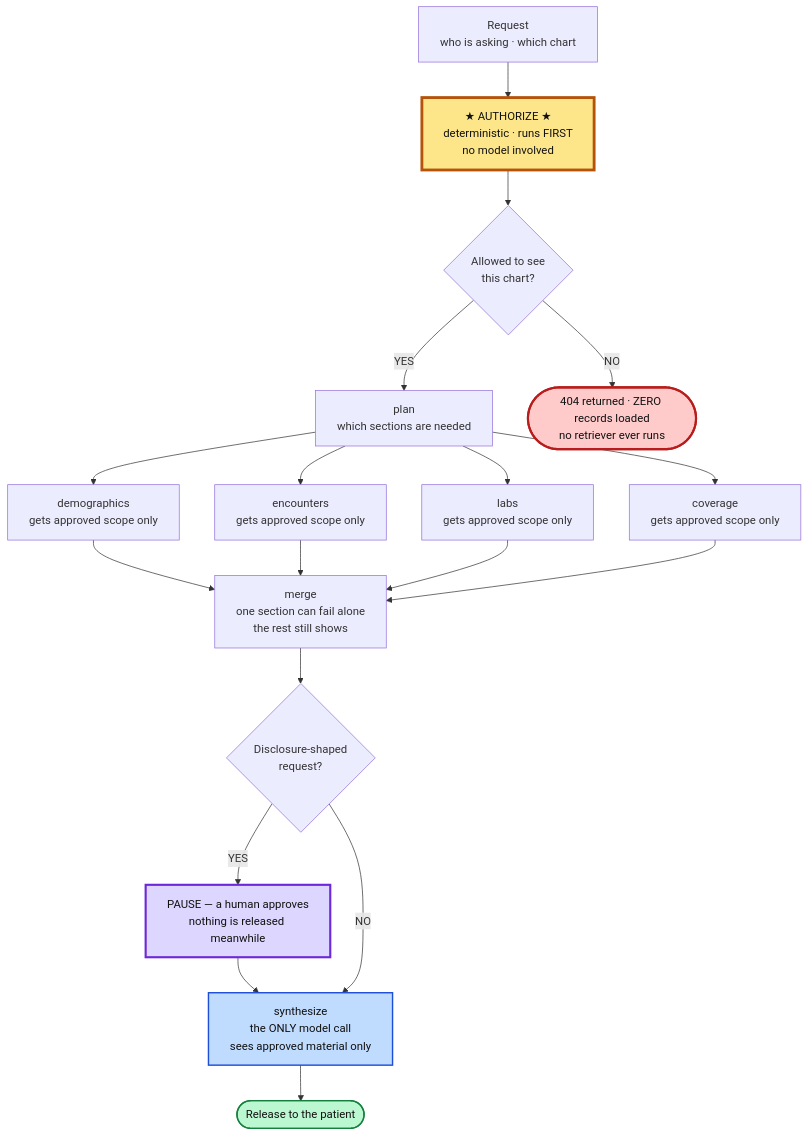
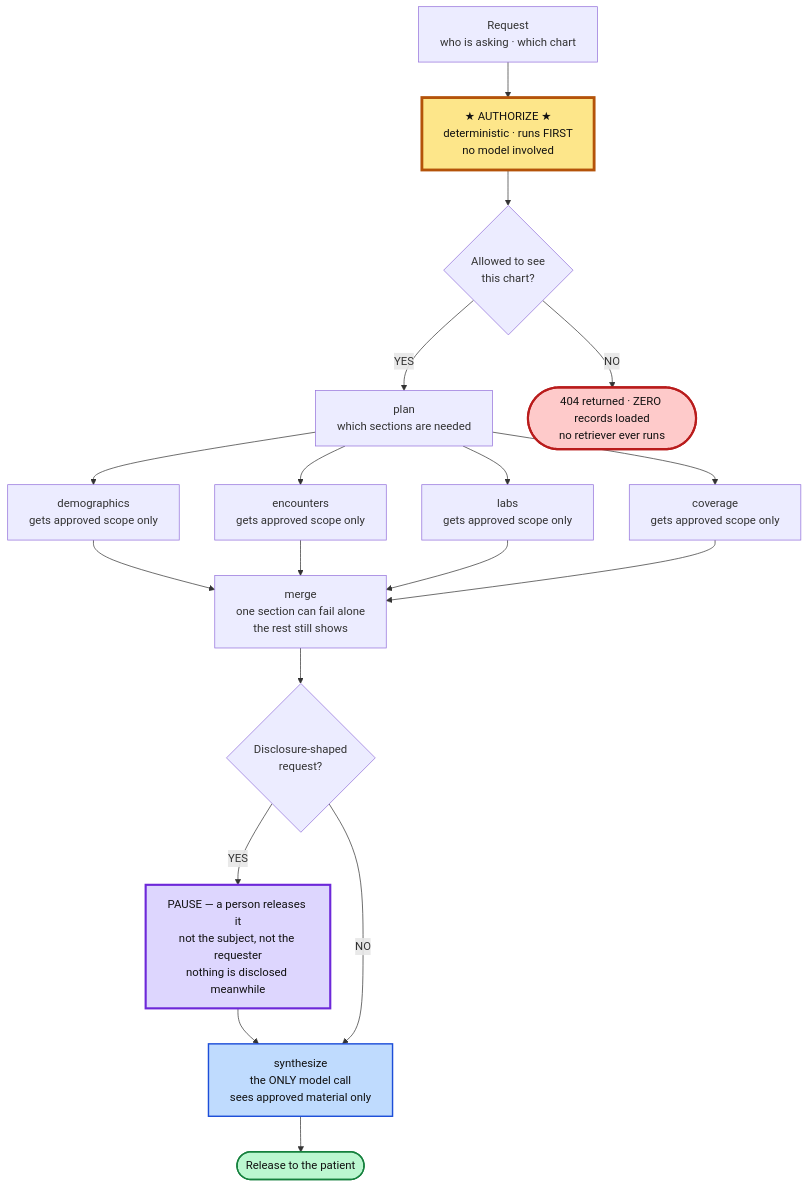
Before and after one commit to 2463-FDE/riverbend-portal: the diagram in docs/showcase/patient-view-flow.mmd, drawn with Mermaid. The commit also changed 4 other files, not shown here.

First line of the commit message:
docs(deck): add the under-the-hood diagram after the demo

```diff
--- a/docs/showcase/patient-view-flow.mmd
+++ b/docs/showcase/patient-view-flow.mmd
@@ -1,33 +1,33 @@
 graph TD
     REQ["Request<br/>who is asking · which chart"] --> AUTH["★ AUTHORIZE ★<br/>deterministic · runs FIRST<br/>no model involved"]
     AUTH --> Q1{"Allowed to see<br/>this chart?"}
 
     Q1 -->|"YES"| PLAN["plan<br/>which sections are needed"]
     PLAN --> R1["demographics<br/>gets approved scope only"]
     PLAN --> R2["encounters<br/>gets approved scope only"]
     PLAN --> R3["labs<br/>gets approved scope only"]
     PLAN --> R4["coverage<br/>gets approved scope only"]
 
     R1 --> MERGE["merge<br/>one section can fail alone<br/>the rest still shows"]
     R2 --> MERGE
     R3 --> MERGE
     R4 --> MERGE
 
     MERGE --> Q2{"Disclosure-shaped<br/>request?"}
-    Q2 -->|"YES"| HUMAN["PAUSE — a human approves<br/>nothing is released meanwhile"]
+    Q2 -->|"YES"| HUMAN["PAUSE — a person releases it<br/>not the subject, not the requester<br/>nothing is disclosed meanwhile"]
     HUMAN --> SYN
     Q2 -->|"NO"| SYN["synthesize<br/>the ONLY model call<br/>sees approved material only"]
     SYN --> REL(["Release to the patient"])
 
     Q1 -->|"NO"| DENY(["404 returned · ZERO records loaded<br/>no retriever ever runs"])
 
     classDef gate fill:#fde68a,stroke:#b45309,stroke-width:4px,color:#111
     classDef stop fill:#fecaca,stroke:#b91c1c,stroke-width:3px,color:#111
     classDef human fill:#ddd6fe,stroke:#6d28d9,stroke-width:3px,color:#111
     classDef model fill:#bfdbfe,stroke:#1d4ed8,stroke-width:2px,color:#111
     classDef good fill:#bbf7d0,stroke:#15803d,stroke-width:2px,color:#111
     class AUTH gate
     class DENY stop
     class HUMAN human
     class SYN model
     class REL good
```
